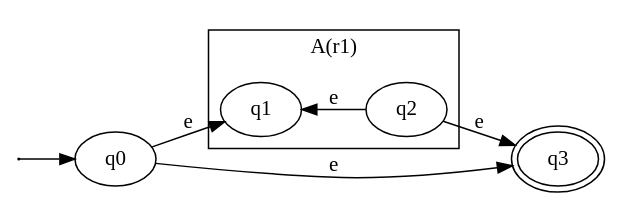
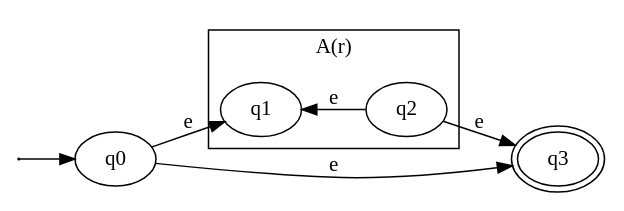
Before and after one commit to karlstroetmann/Formal-Languages: the diagram in Lecture-Notes/Abbildungen/aStar.dot, drawn with Graphviz. The commit also changed 6 other files, not shown here.

```diff
--- a/Lecture-Notes/Abbildungen/aStar.dot
+++ b/Lecture-Notes/Abbildungen/aStar.dot
@@ -1,17 +1,17 @@
 digraph G {    
     rankdir=LR;
     size = "5,7";
     1 -> q0;
     1 [label="",width=0.00001,height=0.00001];
     q0 -> q1 [fontname=Symbol,label="e"];
     q2 -> q3 [fontname=Symbol,label="e"];
     q0 -> q3 [fontname=Symbol,label="e"];
 
   subgraph cluster0 {
-    label="A(r1)"
+    label="A(r)"
     q1 -> q2 [style="invis"];
   }
     q2 -> q1 [fontname=Symbol,label="e"];
 
     q3  [peripheries=2];
 }
```
